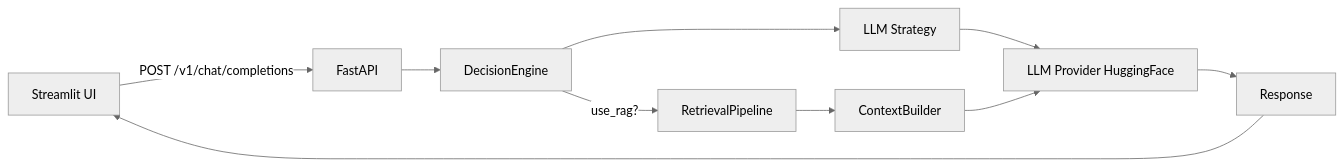
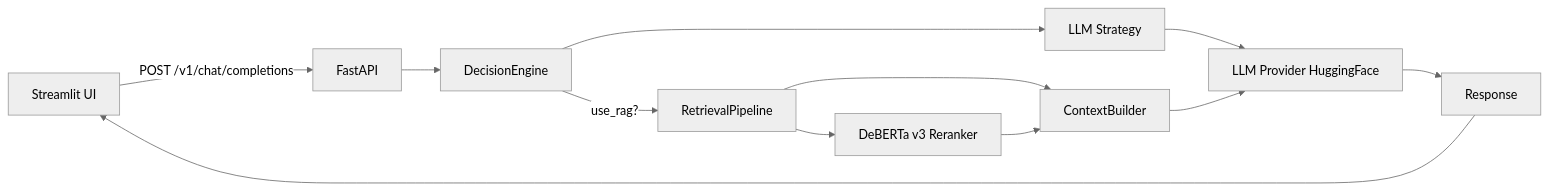
One commit to tatashandharu15/fadhel changed the diagram in README.md. Above: the diagram before and after it, drawn with Mermaid (neutral theme). The commit also changed other lines of this file and 107 other files, not shown here.

````diff
--- a/README.md
+++ b/README.md
@@ -10,12 +10,14 @@
 ```mermaid
 graph LR;
     UI[Streamlit UI] -->|POST /v1/chat/completions| API[FastAPI];
     API --> DECISION[DecisionEngine];
     DECISION -->|use_rag?| RAG[RetrievalPipeline];
+  RAG --> RERANK[DeBERTa v3 Reranker];
     RAG --> CTX[ContextBuilder];
     DECISION --> STRAT[LLM Strategy];
     STRAT --> LLM[LLM Provider HuggingFace];
-    CTX --> LLM;
+  RERANK --> CTX;
+  CTX --> LLM;
     LLM --> RESP[Response];
     RESP --> UI;
 ```
````
